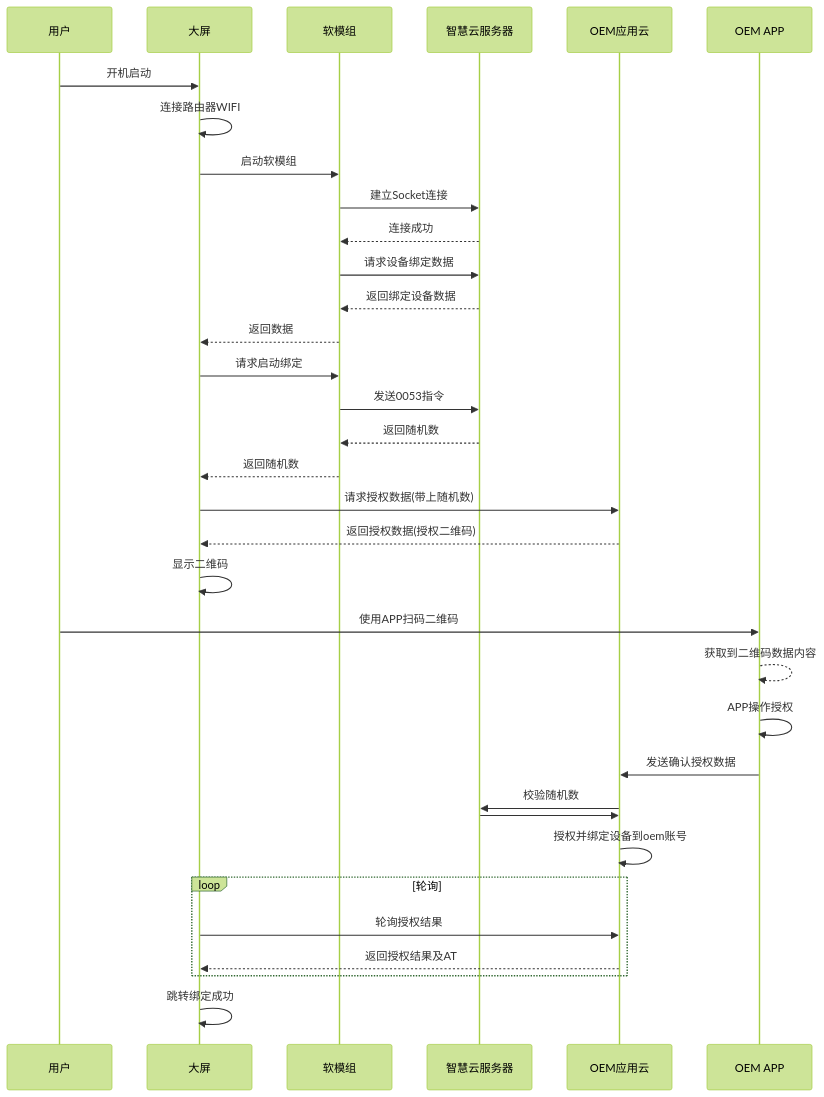
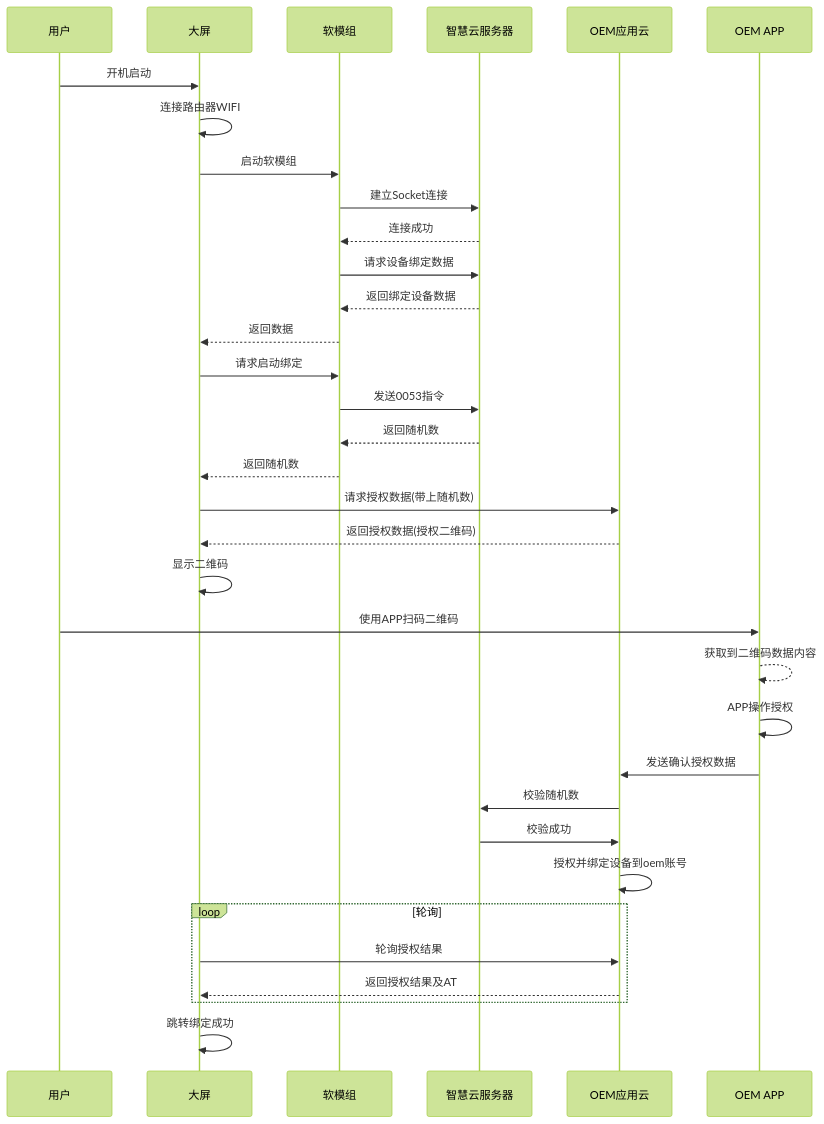
Before and after one commit to ixiaoyang8/iodraw-files: the diagram in all/oem大屏扫码0053.md, drawn with Mermaid (forest theme).

Commit message:
2026-09-17 11:42:14 update

````diff
--- a/all/oem大屏扫码0053.md
+++ b/all/oem大屏扫码0053.md
@@ -1,38 +1,38 @@
 ```mermaid
 sequenceDiagram
     participant U as 用户
     participant D as 大屏
     participant M as 软模组
     participant S as 智慧云服务器
     participant A as OEM应用云
     participant P as OEM APP
 
     U->>D: 开机启动
     D->>D: 连接路由器WIFI
     D->>M: 启动软模组
     M->>S: 建立Socket连接
     S-->>M: 连接成功
     M->>S: 请求设备绑定数据
     S-->>M: 返回绑定设备数据
     M-->>D: 返回数据
     D->>M: 请求启动绑定
     M->>S: 发送0053指令
     S-->>M: 返回随机数
     M-->>D: 返回随机数
     D->>A: 请求授权数据(带上随机数)
     A-->>D: 返回授权数据(授权二维码)
     D->>D: 显示二维码
     U->>P: 使用APP扫码二维码
     P-->>P: 获取到二维码数据内容
     P->>P: APP操作授权
     P->>A: 发送确认授权数据
     A->>S: 校验随机数
-    S->>A: 
+    S->>A: 校验成功
     A->>A: 授权并绑定设备到oem账号
     loop 轮询
         D->>A: 轮询授权结果
         A-->>D: 返回授权结果及AT
     end
     D->>D: 跳转绑定成功
 
 ```
````
